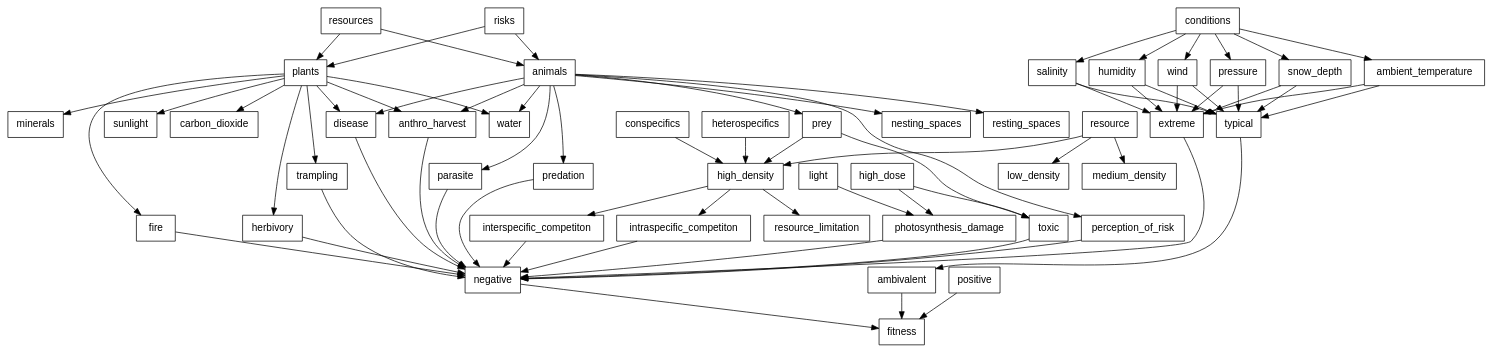
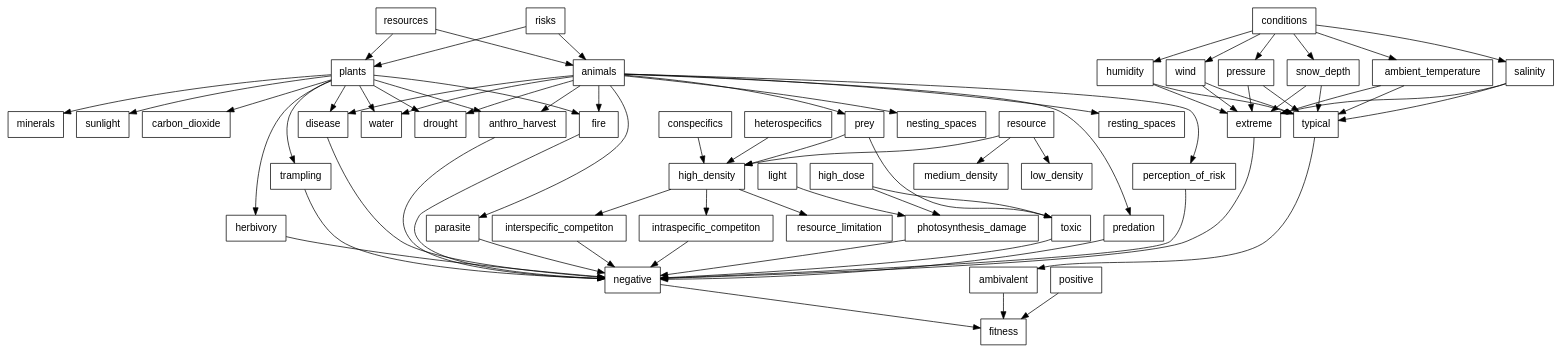
The diagram in gv/resources-risks-conditions.gv (robitalec/comprehensive-exam), drawn with Graphviz before and after one commit.

Commit message:
fire and drought

```diff
--- a/gv/resources-risks-conditions.gv
+++ b/gv/resources-risks-conditions.gv
@@ -1,41 +1,41 @@
 digraph resources_risks_conditions {
 
   graph [fontsize = 12]
 
 	node [shape = box, fontname = Helvetica]
 
 		{rank=same
     resources
     risks
     conditions
 		}
 
 		{rank=same
     animals
     plants
 		}
 
     resources -> plants -> {sunlight carbon_dioxide water minerals}
     resources -> animals -> {prey water nesting_spaces resting_spaces}
 
-    risks -> plants -> {herbivory trampling anthro_harvest fire disease}
-    risks -> animals -> {predation perception_of_risk parasite disease anthro_harvest}
+    risks -> plants -> {herbivory trampling anthro_harvest fire disease drought}
+    risks -> animals -> {predation perception_of_risk parasite disease anthro_harvest fire drought}
 
     conditions -> {ambient_temperature salinity humidity wind pressure snow_depth} -> {extreme typical}
 
     {prey high_dose} -> toxic
     {light high_dose} -> photosynthesis_damage
 
     {prey conspecifics heterospecifics} -> high_density -> {intraspecific_competiton resource_limitation interspecific_competiton}
 
     resource -> {low_density medium_density high_density}
 
     extreme -> negative
     typical -> ambivalent
 
     {toxic photosynthesis_damage interspecific_competiton intraspecific_competiton} -> negative
     {herbivory trampling anthro_harvest fire disease parasite perception_of_risk predation} -> negative
 
     {positive  negative  ambivalent} -> fitness
 
 }
```
